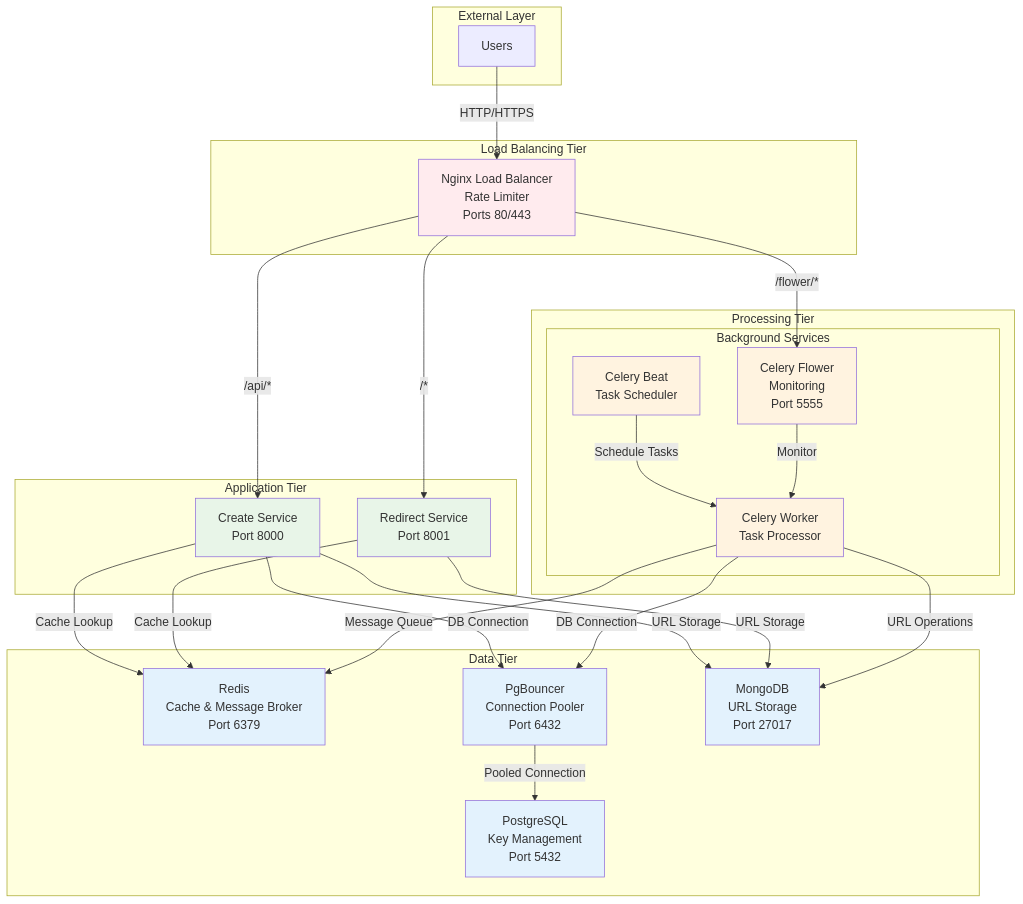
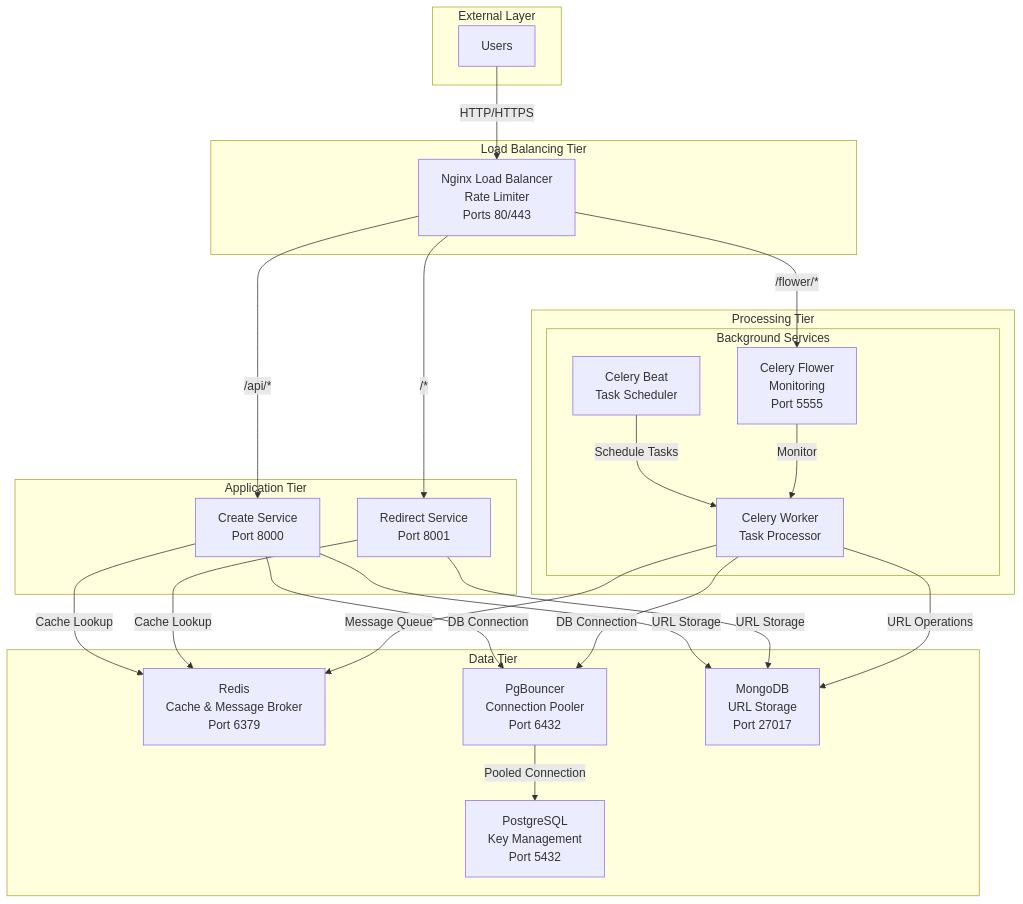
The first of 2 diagrams in README.md (kaziiriad/url-shortener-scalable), drawn with Mermaid before and after one commit.

Commit message:
docs: Modified docker architechture diagram styling.

````diff
--- a/README.md
+++ b/README.md
@@ -26,64 +26,58 @@
 ```mermaid
 graph TD
     subgraph "External Layer"
         U[Users]
     end
 
     subgraph "Load Balancing Tier"
         H[Nginx Load Balancer<br/>Rate Limiter<br/>Ports 80/443]
     end
 
     subgraph "Application Tier"
         CS[Create Service<br/>Port 8000]
         RS[Redirect Service<br/>Port 8001]
     end
 
     subgraph "Processing Tier"
         subgraph "Background Services"
             F[Celery Beat<br/>Task Scheduler]
             E[Celery Worker<br/>Task Processor]
             G[Celery Flower<br/>Monitoring<br/>Port 5555]
         end
     end
 
     subgraph "Data Tier"
         B[Redis<br/>Cache & Message Broker<br/>Port 6379]
         P[PgBouncer<br/>Connection Pooler<br/>Port 6432]
         C[PostgreSQL<br/>Key Management<br/>Port 5432]
         D[MongoDB<br/>URL Storage<br/>Port 27017]
     end
 
     %% User Traffic Flow
     U -->|HTTP/HTTPS| H
     H -->|/api/*| CS
     H -->|/*| RS
     H -->|/flower/*| G
 
     %% Application Data Access
     CS -->|Cache Lookup| B
     CS -->|DB Connection| P
     P -->|Pooled Connection| C
     CS -->|URL Storage| D
     RS -->|Cache Lookup| B
     RS -->|URL Storage| D
 
 
     %% Background Processing Flow
     F -->|Schedule Tasks| E
     E -->|Message Queue| B
     E -->|DB Connection| P
     E -->|URL Operations| D
     G -->|Monitor| E
-
-    %% Styling for clarity
-    classDef loadTier fill:#ffebee
-    classDef appTier fill:#e8f5e8
-    classDef processTier fill:#fff3e0
-    classDef dataTier fill:#e3f2fd
     
     class U external
     class H loadTier
     class CS,RS appTier
     class F,E,G processTier
     class B,C,D,P dataTier
 ```
````
